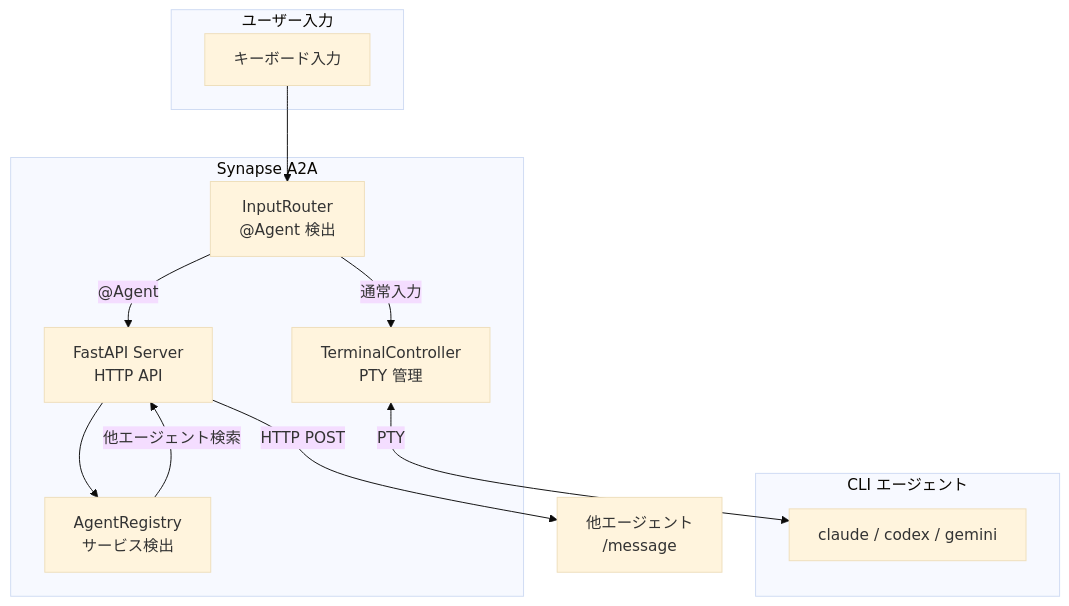
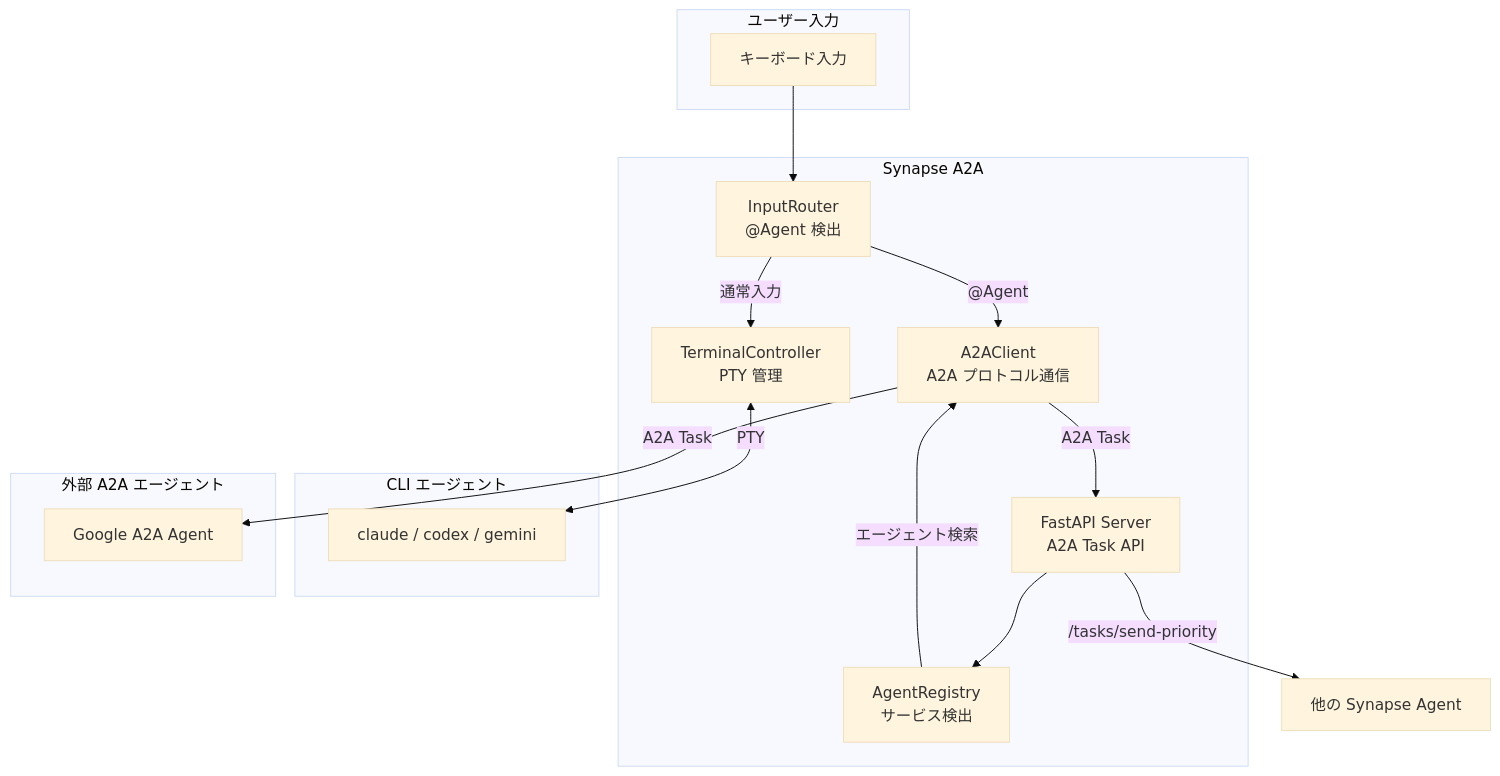
One commit to s-hiraoku/synapse-a2a changed the second of 3 diagrams in README.md. Above: the diagram before and after it, drawn with Mermaid (base theme). The commit also changed other lines of this file and 6 other files, not shown here.

````diff
--- a/README.md
+++ b/README.md
@@ -43,25 +48,32 @@
 ```mermaid
 flowchart TB
     subgraph Human["ユーザー入力"]
         Input["キーボード入力"]
     end
 
     subgraph Synapse["Synapse A2A"]
         IR["InputRouter<br/>@Agent 検出"]
+        A2AClient["A2AClient<br/>A2A プロトコル通信"]
         TC["TerminalController<br/>PTY 管理"]
-        Server["FastAPI Server<br/>HTTP API"]
+        Server["FastAPI Server<br/>A2A Task API"]
         Registry["AgentRegistry<br/>サービス検出"]
     end
 
     subgraph CLI["CLI エージェント"]
         Agent["claude / codex / gemini"]
     end
 
+    subgraph External["外部 A2A エージェント"]
+        ExtAgent["Google A2A Agent"]
+    end
+
     Input --> IR
     IR -->|"通常入力"| TC
-    IR -->|"@Agent"| Server
+    IR -->|"@Agent"| A2AClient
+    A2AClient -->|"A2A Task"| Server
+    A2AClient -->|"A2A Task"| ExtAgent
     TC <-->|"PTY"| Agent
     Server --> Registry
-    Registry -->|"他エージェント検索"| Server
-    Server -->|"HTTP POST"| OtherAgent["他エージェント<br/>/message"]
+    Registry -->|"エージェント検索"| A2AClient
+    Server -->|"/tasks/send-priority"| OtherAgent["他の Synapse Agent"]
 ```
````
